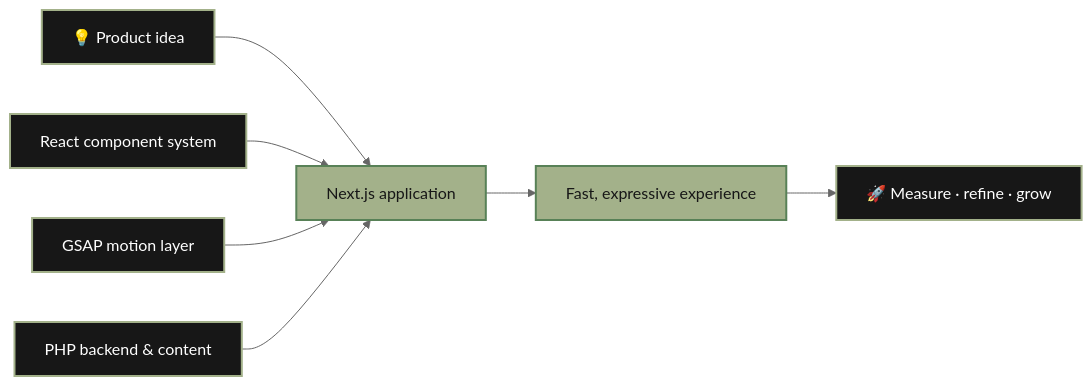
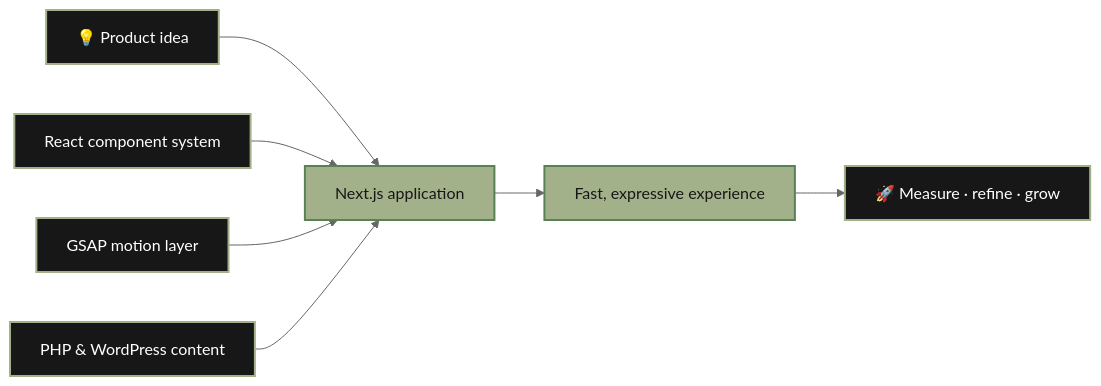
Before and after one commit to joshuacalebdavids/joshuacalebdavids: the diagram in README.md, drawn with Mermaid (neutral theme). The commit also changed other lines of this file and 1 other file, not shown here.

Commit message:
Highlight WordPress experience across profile

````diff
--- a/README.md
+++ b/README.md
@@ -50,14 +52,14 @@
 ```mermaid
 flowchart LR
     A["💡 Product idea"] --> B["Next.js application"]
     C["React component system"] --> B
     D["GSAP motion layer"] --> B
-    E["PHP backend & content"] --> B
+    E["PHP & WordPress content"] --> B
     B --> F["Fast, expressive experience"]
     F --> G["🚀 Measure · refine · grow"]
 
     classDef sage fill:#A3B18A,stroke:#588157,color:#171717,stroke-width:2px;
     classDef dark fill:#171717,stroke:#A3B18A,color:#FFFFFF,stroke-width:2px;
     class B,F sage;
     class A,C,D,E,G dark;
 ```
````
